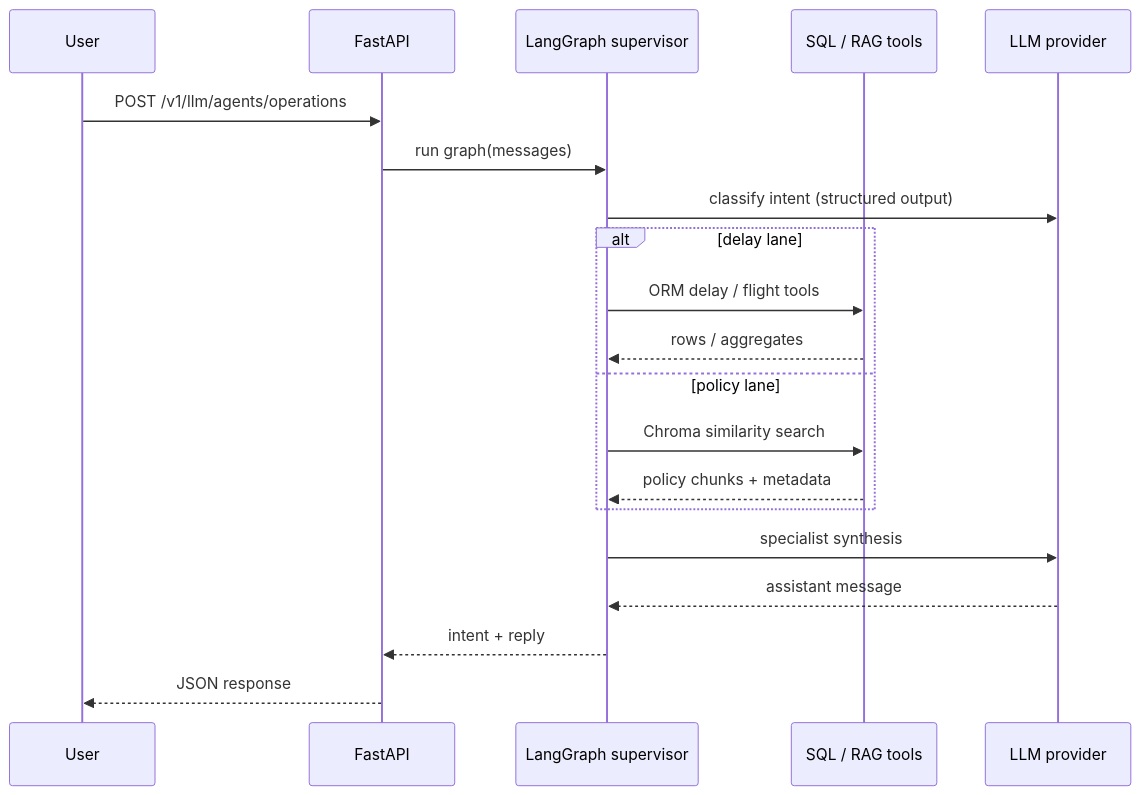
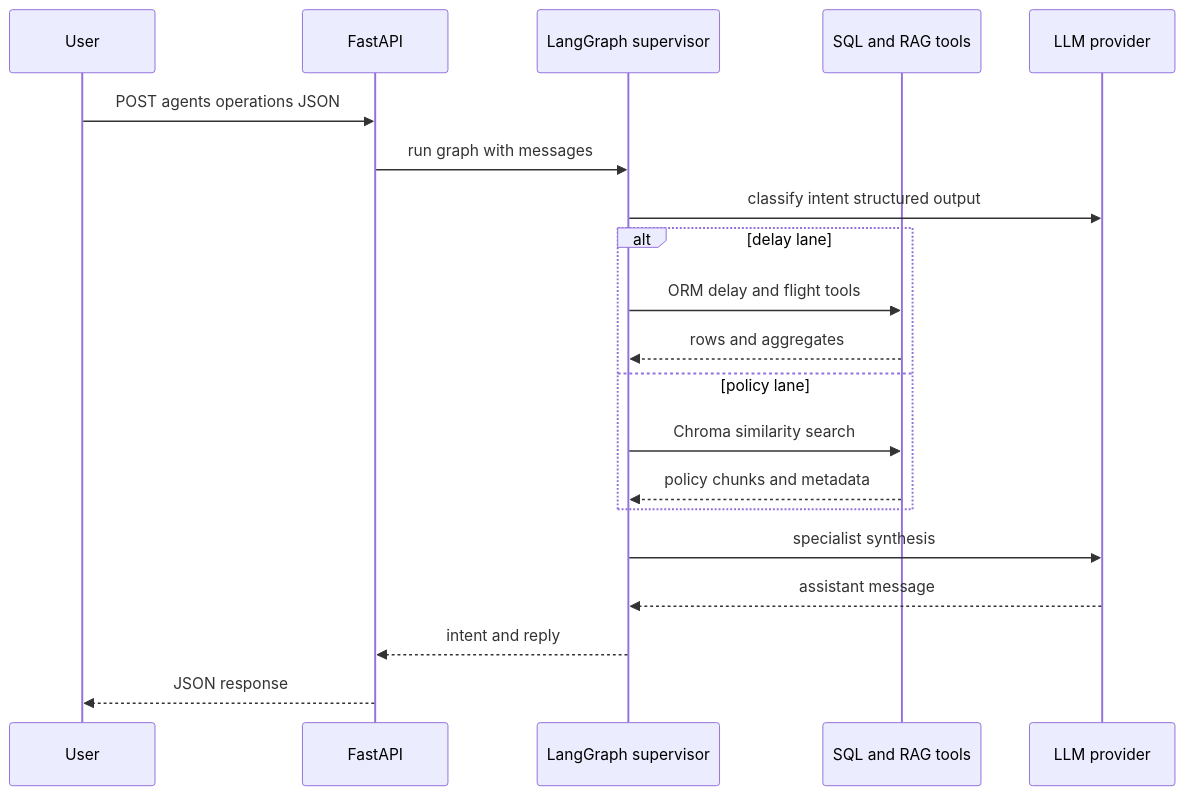
One commit to siddharthkhandelwal192/agentic-flight-ops-intel changed the second of 2 diagrams in README.md. Above: the diagram before and after it, drawn with Mermaid. The commit also changed other lines of this file and 3 other files, not shown here.

Commit message:
Fix frontend loading and Mermaid rendering

````diff
--- a/README.md
+++ b/README.md
@@ -65,22 +65,22 @@
 ```mermaid
 sequenceDiagram
   participant U as User
   participant A as FastAPI
   participant G as LangGraph supervisor
-  participant T as SQL / RAG tools
+  participant T as SQL and RAG tools
   participant LLM as LLM provider
-  U->>A: POST /v1/llm/agents/operations
-  A->>G: run graph(messages)
-  G->>LLM: classify intent (structured output)
+  U->>A: POST agents operations JSON
+  A->>G: run graph with messages
+  G->>LLM: classify intent structured output
   alt delay lane
-    G->>T: ORM delay / flight tools
-    T-->>G: rows / aggregates
+    G->>T: ORM delay and flight tools
+    T-->>G: rows and aggregates
   else policy lane
     G->>T: Chroma similarity search
-    T-->>G: policy chunks + metadata
+    T-->>G: policy chunks and metadata
   end
   G->>LLM: specialist synthesis
   LLM-->>G: assistant message
-  G-->>A: intent + reply
+  G-->>A: intent and reply
   A-->>U: JSON response
 ```
````
